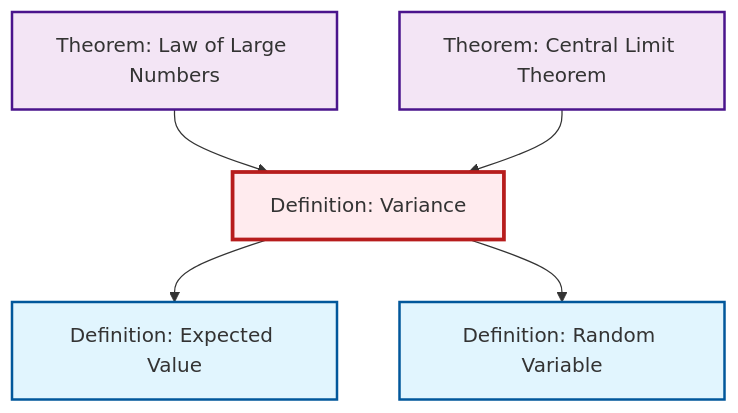
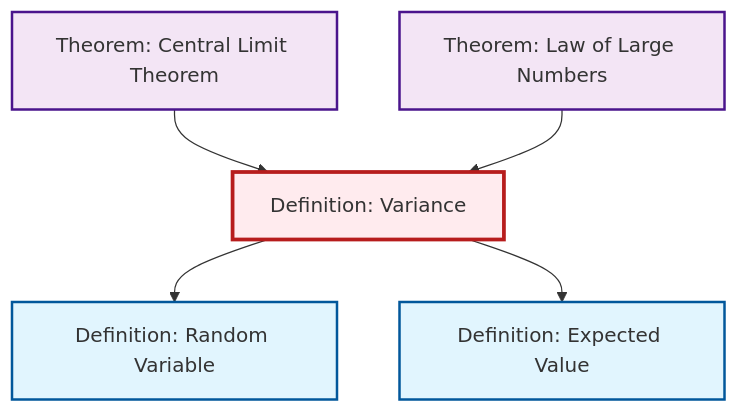
Before and after one commit to RK0429/ModernMath: the second of 2 diagrams in content/en/probability-statistics/def-variance.qmd, drawn with Mermaid. The commit also changed other lines of this file and 619 other files, not shown here.

````diff
--- a/content/en/probability-statistics/def-variance.qmd
+++ b/content/en/probability-statistics/def-variance.qmd
@@ -101,23 +101,23 @@
 ```{mermaid}
 %%| fig-cap: "Local dependency graph"
 graph TD
     classDef definition fill:#e1f5fe,stroke:#01579b,stroke-width:2px
     classDef theorem fill:#f3e5f5,stroke:#4a148c,stroke-width:2px
     classDef axiom fill:#fff3e0,stroke:#e65100,stroke-width:2px
     classDef example fill:#e8f5e9,stroke:#1b5e20,stroke-width:2px
     classDef current fill:#ffebee,stroke:#b71c1c,stroke-width:3px
+    thm-central-limit["Theorem: Central Limit Theorem"]:::theorem
     thm-law-of-large-numbers["Theorem: Law of Large Numbers"]:::theorem
-    def-variance["Definition: Variance"]:::definition
     def-expectation["Definition: Expected Value"]:::definition
     def-random-variable["Definition: Random Variable"]:::definition
-    thm-central-limit["Theorem: Central Limit Theorem"]:::theorem
-    def-variance --> def-expectation
+    def-variance["Definition: Variance"]:::definition
+    thm-central-limit --> def-variance
     thm-law-of-large-numbers --> def-variance
     def-variance --> def-random-variable
-    thm-central-limit --> def-variance
+    def-variance --> def-expectation
     class def-variance current
+    click thm-central-limit "thm-central-limit.html" "Go to Central Limit Theorem theorem"
     click thm-law-of-large-numbers "thm-law-of-large-numbers.html" "Go to Law of Large Numbers theorem"
     click def-expectation "def-expectation.html" "Go to Expected Value definition"
     click def-random-variable "def-random-variable.html" "Go to Random Variable definition"
-    click thm-central-limit "thm-central-limit.html" "Go to Central Limit Theorem theorem"
 ```
````
